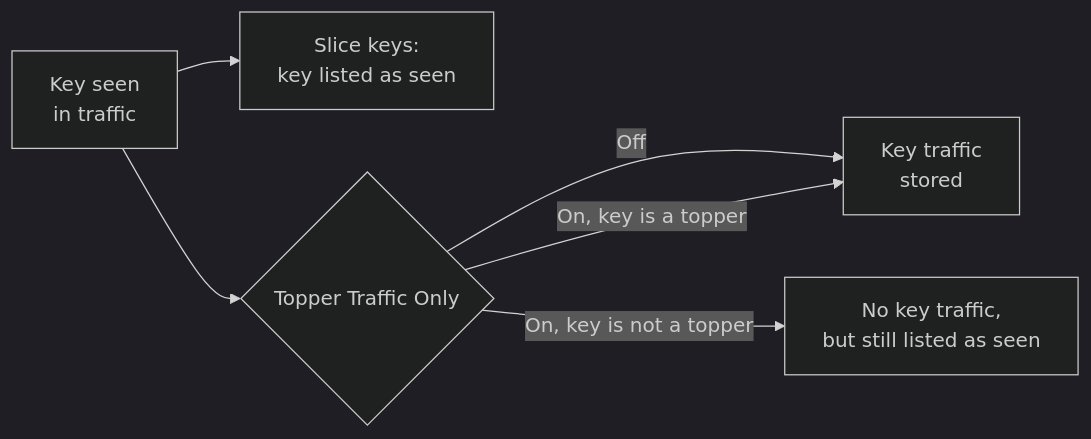
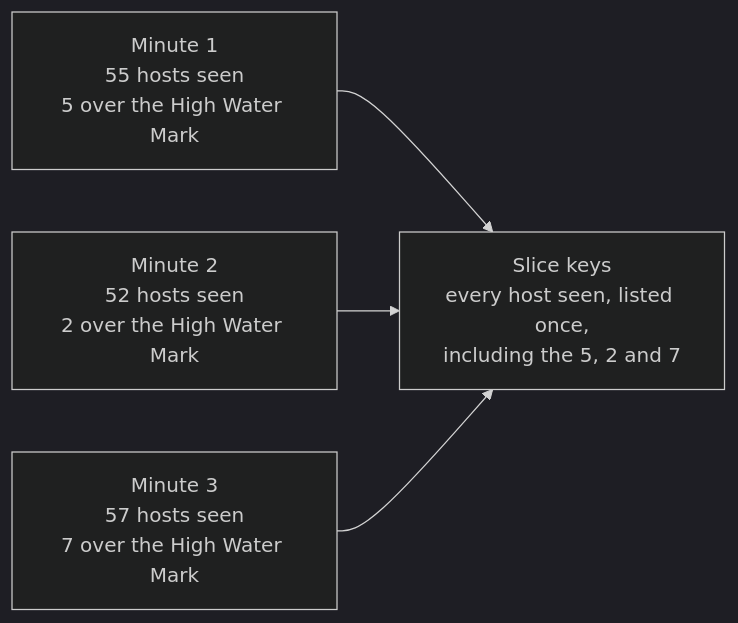
One commit to trisulnsm/dinodoc changed the sixth of 9 diagrams in trisuldocs/docs/guide/ag/context/countergroup_tuning.md. Above: the diagram before and after it, drawn with Mermaid (dark theme). The commit also changed other lines of this file, not shown here.

````diff
--- a/trisuldocs/docs/guide/ag/context/countergroup_tuning.md
+++ b/trisuldocs/docs/guide/ag/context/countergroup_tuning.md
@@ -193,8 +202,7 @@
 ```mermaid
 flowchart LR
-  K["Key seen<br/>in traffic"] --> SK["Slice keys:<br/>key listed as seen"]
-  K --> T{"Topper Traffic Only"}
-  T -->|"Off"| KT["Key traffic<br/>stored"]
-  T -->|"On, key is a topper"| KT
-  T -->|"On, key is not a topper"| NT["No key traffic,<br/>but still listed as seen"]
+  M1["Minute 1<br/>55 hosts seen<br/>5 over the High Water Mark"] --> SK
+  M2["Minute 2<br/>52 hosts seen<br/>2 over the High Water Mark"] --> SK
+  M3["Minute 3<br/>57 hosts seen<br/>7 over the High Water Mark"] --> SK
+  SK["Slice keys<br/>every host seen, listed once,<br/>including the 5, 2 and 7"]
 ```
````
